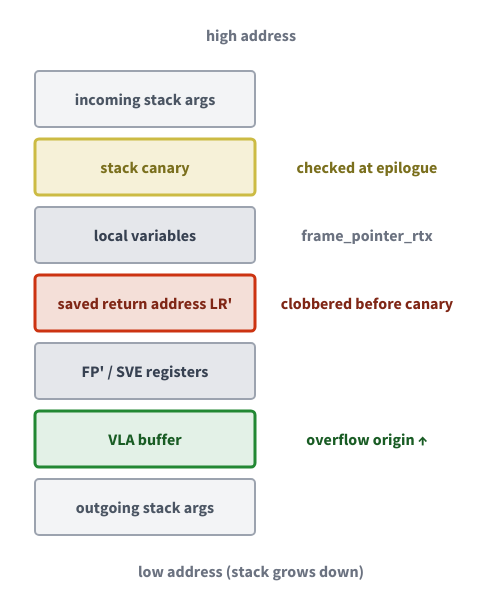
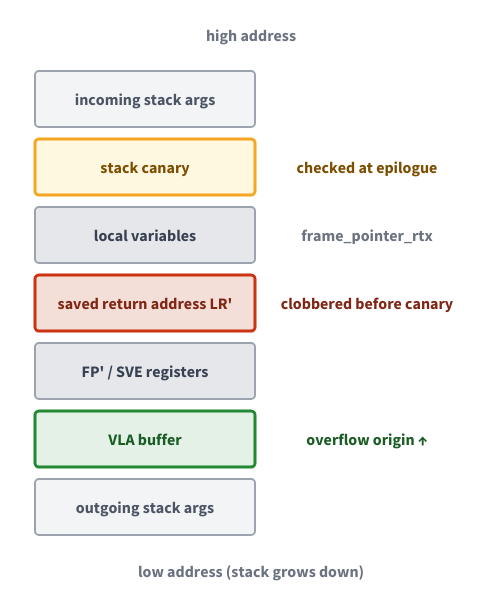
The diagram in docs/开题报告/assets/ch1-background/stack-layout.en.d2 (zjy-dev/de-fuzz), drawn with D2 before and after one commit. The commit also changed 43 other files, not shown here.

```diff
--- a/docs/开题报告/assets/ch1-background/stack-layout.en.d2
+++ b/docs/开题报告/assets/ch1-background/stack-layout.en.d2
@@ -1,130 +1,130 @@
 # Figure 1 — CVE-2023-4039 buggy stack-frame layout (English)
 # render: d2 --layout=dagre --pad=24 stack-layout.en.d2 stack-layout.en.svg
 # Simplified from the GCC aarch64 backend comment (aarch64.cc): only the slots
 # relevant to the CVE are highlighted; the rest are kept as plain context.
 
 direction: down
 
 outer: "" {
   grid-rows: 3
   grid-columns: 1
   grid-gap: 12
   style: { fill: transparent; stroke: transparent }
 
   hi: "high address" {
     width: 432
     height: 24
     style: { fill: transparent; stroke: transparent; font-color: "#6B7280"; italic: true }
   }
 
   frame: "" {
     grid-rows: 7
     grid-columns: 2
     grid-gap: 12
     style: { fill: transparent; stroke: transparent }
 
     incoming: "incoming stack args" {
     width: 220
     height: 56
     style: {
       fill: "#F3F4F6"; stroke: "#9CA3AF"; stroke-width: 2
       font-color: "#4B5563"; border-radius: 4
     }
   }
   incoming-note: "" { width: 1; height: 1; style: { fill: transparent; stroke: transparent } }
 
   canary: "stack canary" {
     width: 220
     height: 56
     style: {
-      fill: "#F6F1D8"; stroke: "#CCBB44"; stroke-width: 3
-      font-color: "#7A6F1D"; border-radius: 4; bold: true
+      fill: "#FFF8E1"; stroke: "#F5A623"; stroke-width: 3
+      font-color: "#7D4E00"; border-radius: 4; bold: true
     }
   }
   canary-note: "checked at epilogue" {
     width: 200
     height: 56
     style: {
       fill: transparent; stroke: transparent
-      font-color: "#7A6F1D"; italic: true
+      font-color: "#7D4E00"; italic: true
     }
   }
 
   locals: "local variables" {
     width: 220
     height: 56
     style: {
       fill: "#E5E7EB"; stroke: "#9CA3AF"; stroke-width: 2
       font-color: "#374151"; border-radius: 4
     }
   }
   locals-note: "frame_pointer_rtx" {
     width: 200
     height: 56
     style: {
       fill: transparent; stroke: transparent
       font-color: "#6B7280"; italic: true
     }
   }
 
   retaddr: "saved return address LR'" {
     width: 220
     height: 56
     style: {
       fill: "#F4DFD8"; stroke: "#CC3311"; stroke-width: 3
       font-color: "#7F2615"; border-radius: 4; bold: true
     }
   }
   retaddr-note: "clobbered before canary" {
     width: 200
     height: 56
     style: {
       fill: transparent; stroke: transparent
       font-color: "#7F2615"; italic: true
     }
   }
 
   fpsve: "FP' / SVE registers" {
     width: 220
     height: 56
     style: {
       fill: "#E5E7EB"; stroke: "#9CA3AF"; stroke-width: 2
       font-color: "#374151"; border-radius: 4
     }
   }
   fpsve-note: "" { width: 1; height: 1; style: { fill: transparent; stroke: transparent } }
 
   vla: "VLA buffer" {
     width: 220
     height: 56
     style: {
       fill: "#E3F1E7"; stroke: "#228833"; stroke-width: 3
       font-color: "#195C24"; border-radius: 4; bold: true
     }
   }
   vla-note: "overflow origin ↑" {
     width: 200
     height: 56
     style: {
       fill: transparent; stroke: transparent
       font-color: "#195C24"; italic: true
     }
   }
 
   outgoing: "outgoing stack args" {
     width: 220
     height: 56
     style: {
       fill: "#F3F4F6"; stroke: "#9CA3AF"; stroke-width: 2
       font-color: "#4B5563"; border-radius: 4
     }
   }
     outgoing-note: "" { width: 1; height: 1; style: { fill: transparent; stroke: transparent } }
   }
 
   lo: "low address (stack grows down)" {
     width: 432
     height: 24
     style: { fill: transparent; stroke: transparent; font-color: "#6B7280"; italic: true }
   }
 }
```
